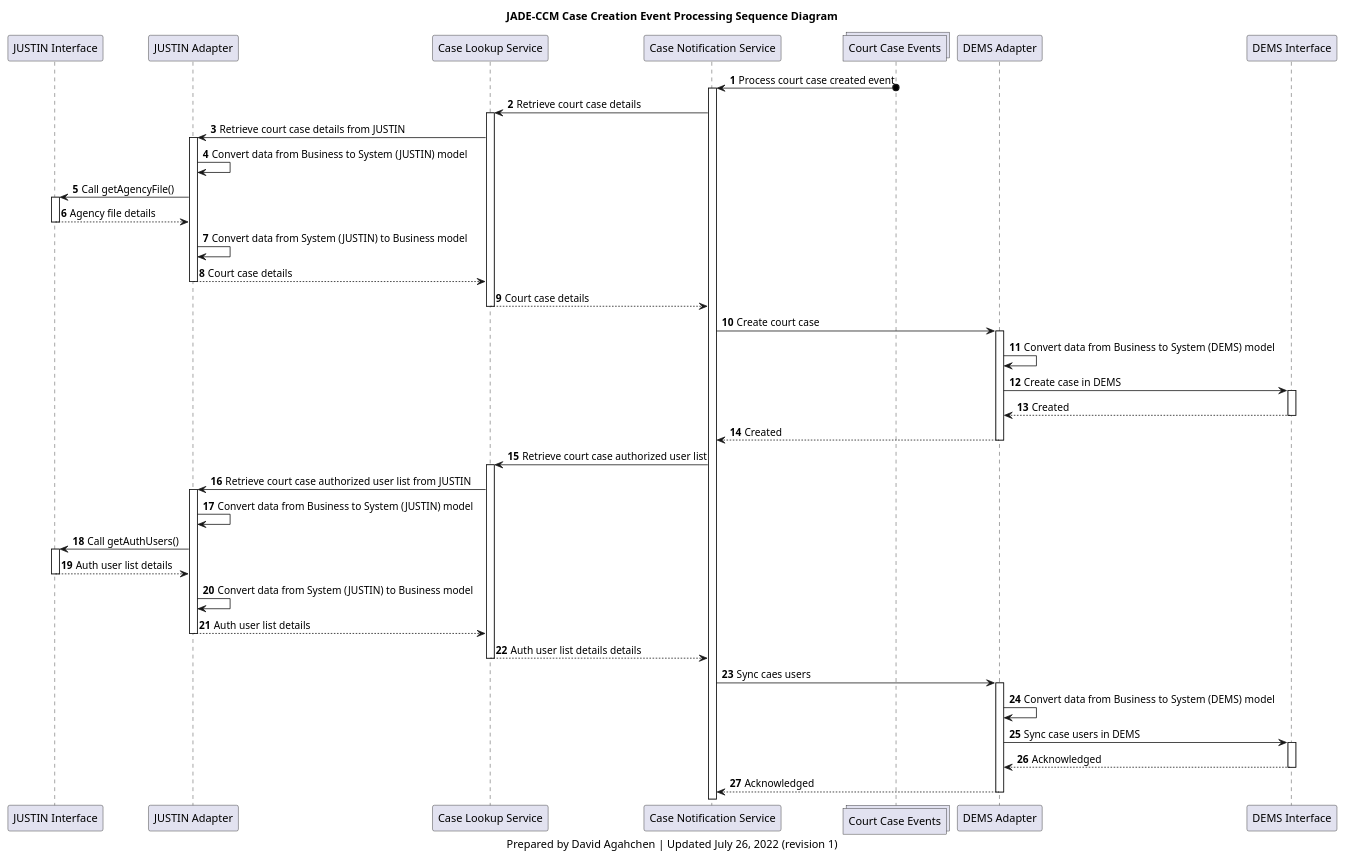
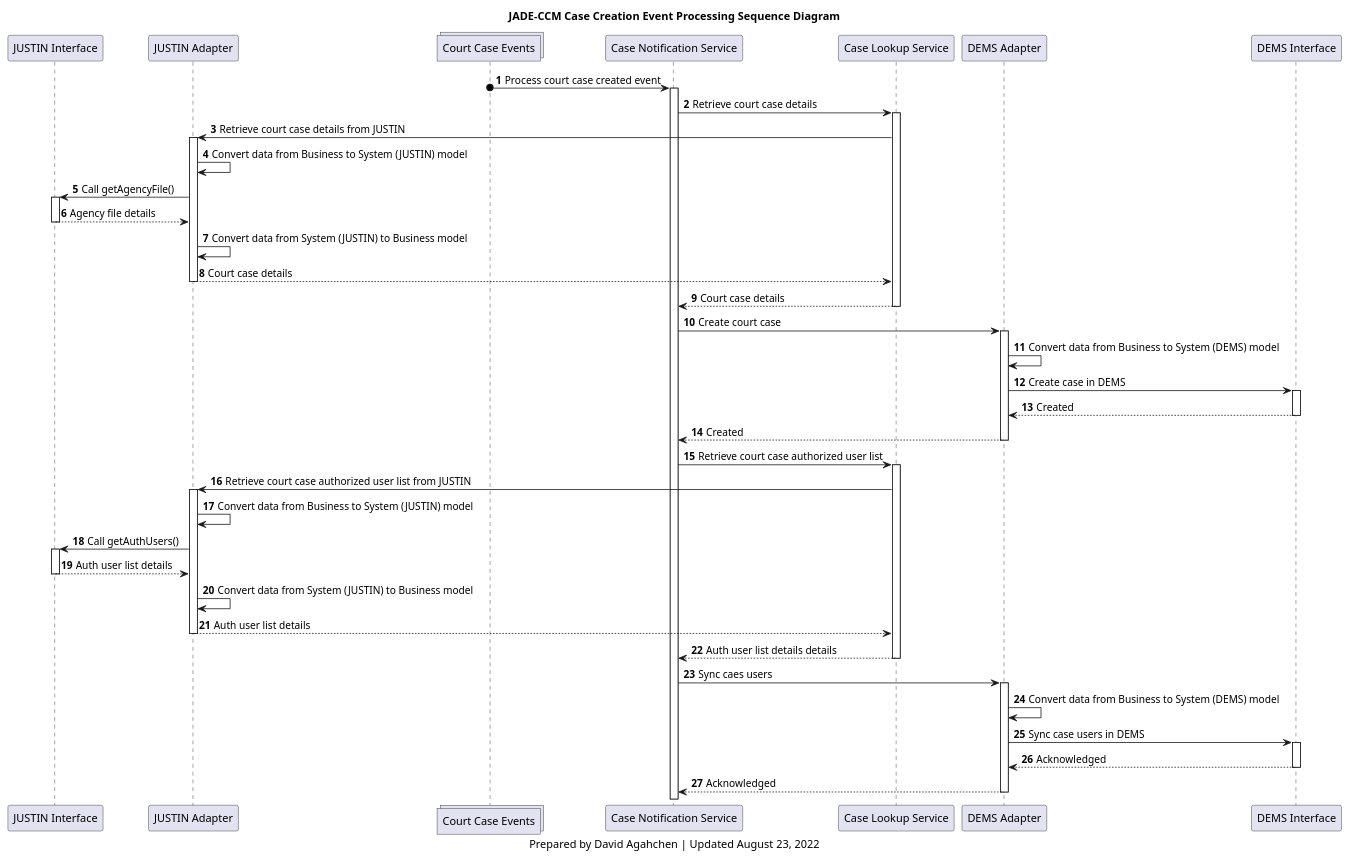
Before and after one commit to bcgov/jpss-jade-ccm: the diagram in img/src/ccm_dems_case_creation_sequence_diagram.plantuml, drawn with PlantUML. The commit also changed 5 other files, not shown here.

```diff
--- a/img/src/ccm_dems_case_creation_sequence_diagram.plantuml
+++ b/img/src/ccm_dems_case_creation_sequence_diagram.plantuml
@@ -1,76 +1,76 @@
 @startuml
 'hide footbox
 participant j_interface as "JUSTIN Interface"
 participant j_adapter as "JUSTIN Adapter"
+collections court_cases_topic as "Court Case Events"
+participant case_notification_service as "Case Notification Service"
 participant case_lookup_service as "Case Lookup Service"
-participant case_notification_service as "Case Notification Service"
-collections court_cases_topic as "Court Case Events"
 participant d_adapter as "DEMS Adapter"
 participant d_interface as "DEMS Interface"
 
 title
 JADE-CCM Case Creation Event Processing Sequence Diagram
 end title
 
 autonumber
 
 court_cases_topic o-> case_notification_service : Process court case created event
 activate case_notification_service
 case_notification_service -> case_lookup_service: Retrieve court case details
 activate case_lookup_service
 case_lookup_service -> j_adapter: Retrieve court case details from JUSTIN
 
 activate j_adapter
 j_adapter -> j_adapter: Convert data from Business to System (JUSTIN) model
 j_adapter -> j_interface: Call getAgencyFile()
 activate j_interface
 j_interface --> j_adapter: Agency file details
 deactivate j_interface
 j_adapter -> j_adapter: Convert data from System (JUSTIN) to Business model
 j_adapter --> case_lookup_service: Court case details
 deactivate j_adapter
 
 case_lookup_service --> case_notification_service: Court case details
 deactivate case_lookup_service
 case_notification_service -> d_adapter: Create court case
 
 activate d_adapter
 d_adapter -> d_adapter: Convert data from Business to System (DEMS) model
 d_adapter -> d_interface: Create case in DEMS
 activate d_interface
 d_interface --> d_adapter: Created
 deactivate d_interface
 d_adapter --> case_notification_service: Created
 deactivate d_adapter
 
 case_notification_service -> case_lookup_service: Retrieve court case authorized user list
 activate case_lookup_service
 case_lookup_service -> j_adapter: Retrieve court case authorized user list from JUSTIN
 
 activate j_adapter
 j_adapter -> j_adapter: Convert data from Business to System (JUSTIN) model
 j_adapter -> j_interface: Call getAuthUsers()
 activate j_interface
 j_interface --> j_adapter: Auth user list details
 deactivate j_interface
 j_adapter -> j_adapter: Convert data from System (JUSTIN) to Business model
 j_adapter --> case_lookup_service: Auth user list details
 deactivate j_adapter
 
 case_lookup_service --> case_notification_service: Auth user list details details
 deactivate case_lookup_service
 
 case_notification_service -> d_adapter: Sync caes users
 activate d_adapter
 d_adapter -> d_adapter: Convert data from Business to System (DEMS) model
 d_adapter -> d_interface: Sync case users in DEMS
 activate d_interface
 d_interface --> d_adapter: Acknowledged
 deactivate d_interface
 d_adapter --> case_notification_service: Acknowledged
 deactivate d_adapter
 
 caption
-Prepared by David Agahchen | Updated July 26, 2022 (revision 1)
+Prepared by David Agahchen | Updated August 23, 2022
 end caption
 @enduml
```
